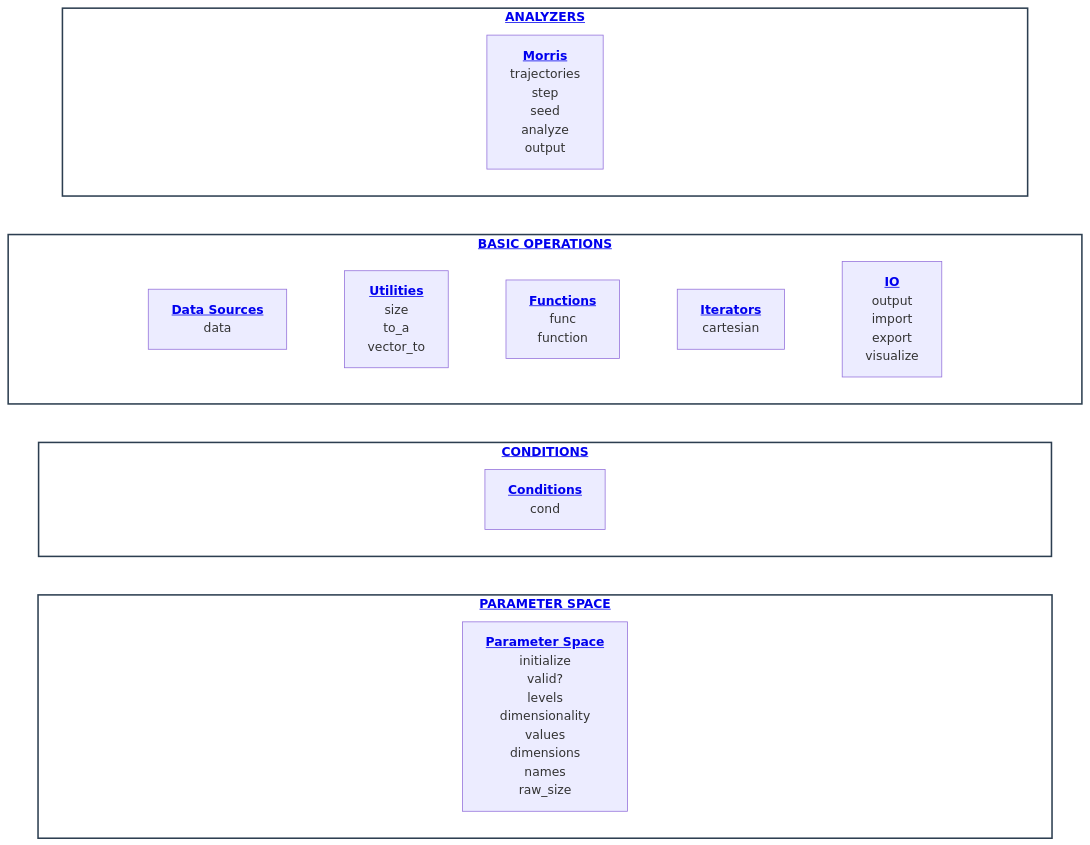
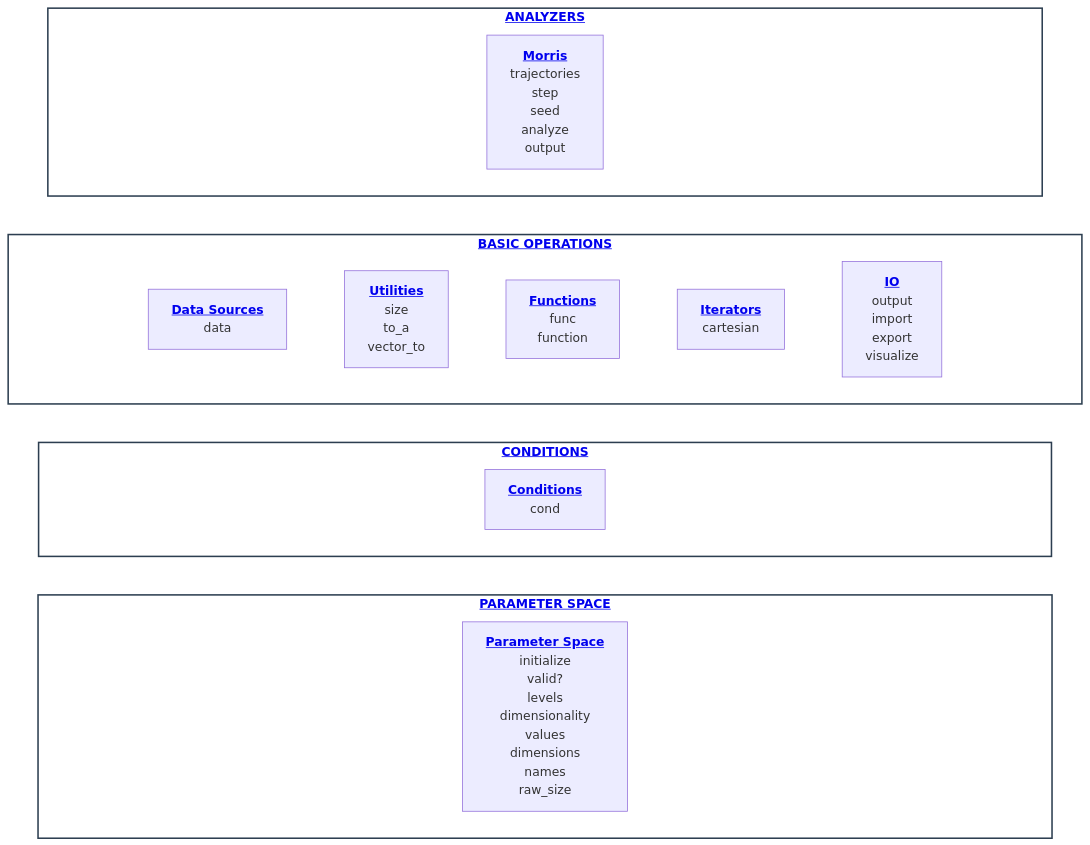
Before and after one commit to Yuri-Rassokhin/flex-cartesian: the diagram in docs/api/api.md, drawn with Mermaid.

Commit message:
updated: README

````diff
--- a/docs/api/api.md
+++ b/docs/api/api.md
@@ -6,31 +6,31 @@
 ```mermaid
 flowchart TB
     classDef layer fill:#ffffff,stroke:#2c3e50,stroke-width:2px;
     classDef ghost fill:transparent,stroke:transparent,color:transparent;
 
     subgraph Analyzers ["<a href='https://github.com/Yuri-Rassokhin/flex-cartesian/blob/main/docs/api/api.md#analyzers'><b>ANALYZERS</b></a>"]
         direction LR
-        gA1["xxxxxxxxxxxxxxxxxxxxxxxxxxxxxxxxxxxxxxxx"]:::ghost ~~~ M["<a href='https://github.com/Yuri-Rassokhin/flex-cartesian/blob/main/docs/api/api.md#morris-analyzer'><b>Morris</b></a><br/>trajectories<br/>step<br/>seed<br/>analyze<br/>output"] ~~~ gA2["xxxxxxxxxxxxxxxxxxxxxxxxxxxxxxxxxxxxxxxx"]:::ghost
+        gA1["xxxxxxxxxxxxxxxxxxxxxxxxxxxxxxxxxxxxxxxxxx"]:::ghost ~~~ M["<a href='https://github.com/Yuri-Rassokhin/flex-cartesian/blob/main/docs/api/api.md#morris-analyzer'><b>Morris</b></a><br/>trajectories<br/>step<br/>seed<br/>analyze<br/>output"] ~~~ gA2["xxxxxxxxxxxxxxxxxxxxxxxxxxxxxxxxxxxxxxxxxx"]:::ghost
     end
 
     subgraph Core ["<a href='https://github.com/Yuri-Rassokhin/flex-cartesian/blob/main/docs/api/api.md#basic-operations'><b>BASIC OPERATIONS</b></a>"]
         direction LR
         gD1["x"]:::ghost ~~~ DS["<a href='https://github.com/Yuri-Rassokhin/flex-cartesian/blob/main/docs/api/api.md#data-sources'><b>Data Sources</b></a><br/>data"] ~~~ UT["<a href='https://github.com/Yuri-Rassokhin/flex-cartesian/blob/main/docs/api/api.md#utilities'><b>Utilities</b></a><br/>size<br/>to_a<br/>vector_to"] ~~~ FN["<a href='https://github.com/Yuri-Rassokhin/flex-cartesian/blob/main/docs/api/api.md#functions'><b>Functions</b></a><br/>func<br/>function"] ~~~ IT["<a href='https://github.com/Yuri-Rassokhin/flex-cartesian/blob/main/docs/api/api.md#iterators'><b>Iterators</b></a><br/>cartesian"] ~~~ IO["<a href='https://github.com/Yuri-Rassokhin/flex-cartesian/blob/main/docs/api/api.md#io'><b>IO</b></a><br/>output<br/>import<br/>export<br/>visualize"] ~~~ gD2["x"]:::ghost
     end
 
     subgraph Cond ["<a href='https://github.com/Yuri-Rassokhin/flex-cartesian/blob/main/docs/api/api.md#conditions'><b>CONDITIONS</b></a>"]
         direction LR
         gC1["xxxxxxxxxxxxxxxxxxxxxxxxxxxxxxxxxxxxxxxxxxx"]:::ghost ~~~ C["<a href='https://github.com/Yuri-Rassokhin/flex-cartesian/blob/main/docs/api/api.md#conditions'><b>Conditions</b></a><br/>cond"] ~~~ gC2["xxxxxxxxxxxxxxxxxxxxxxxxxxxxxxxxxxxxxxxxxxx"]:::ghost
     end
 
     subgraph Params ["<a href='https://github.com/Yuri-Rassokhin/flex-cartesian/blob/main/docs/api/api.md#parameter-space'><b>PARAMETER SPACE</b></a>"]
         direction LR
         gP1["xxxxxxxxxxxxxxxxxxxxxxxxxxxxxxxxxxxxxxxx"]:::ghost ~~~ PS["<a href='https://github.com/Yuri-Rassokhin/flex-cartesian/blob/main/docs/api/api.md#parameter-space'><b>Parameter Space</b></a><br/>initialize<br/>valid?<br/>levels<br/>dimensionality<br/>values<br/>dimensions<br/>names<br/>raw_size"] ~~~ gP2["xxxxxxxxxxxxxxxxxxxxxxxxxxxxxxxxxxxxxxxx"]:::ghost
     end
 
     Analyzers ~~~ Core
     Core ~~~ Cond
     Cond ~~~ Params
 
     class Analyzers,Core,Cond,Params layer;
 ```
````
